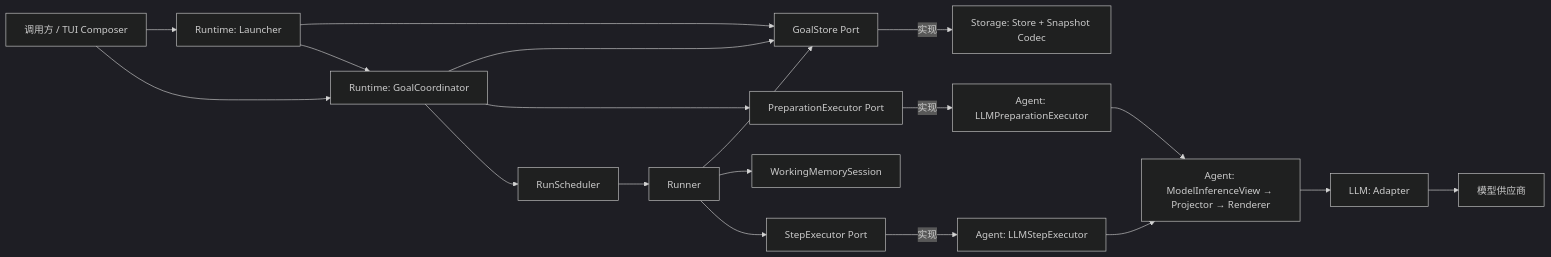
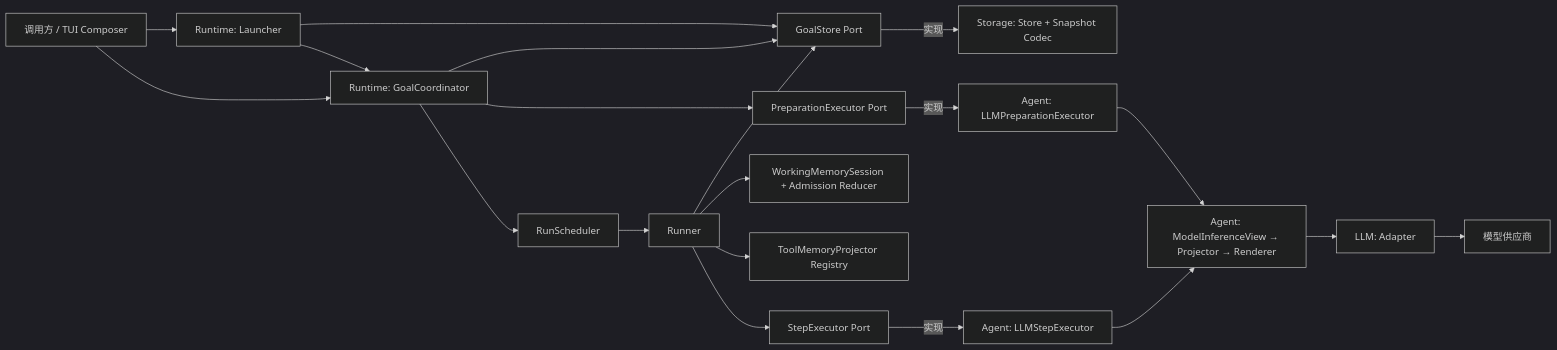
Before and after one commit to ccasJay/LazyGoal: the diagram in docs/architecture/README.md, drawn with Mermaid (dark theme). The commit also changed other lines of this file and 49 other files, not shown here.

````diff
--- a/docs/architecture/README.md
+++ b/docs/architecture/README.md
@@ -20,19 +20,20 @@
 ```mermaid
 flowchart LR
     C[调用方 / TUI Composer] --> L[Runtime: Launcher]
     C --> G[Runtime: GoalCoordinator]
     L --> GS[GoalStore Port]
     L --> G
     G --> GS
     G --> PE[PreparationExecutor Port]
     G --> Q[RunScheduler] --> R[Runner]
     R --> GS
-    R --> WM[WorkingMemorySession]
+    R --> WM[WorkingMemorySession + Admission Reducer]
+    R --> TP[ToolMemoryProjector Registry]
     R --> SE[StepExecutor Port]
 
     GS -->|实现| ST[Storage: Store + Snapshot Codec]
     PE -->|实现| LPE[Agent: LLMPreparationExecutor]
     SE -->|实现| LSE[Agent: LLMStepExecutor]
     LPE & LSE --> V[Agent: ModelInferenceView → Projector → Renderer]
     V --> A[LLM: Adapter] --> M[模型供应商]
 ```
````
